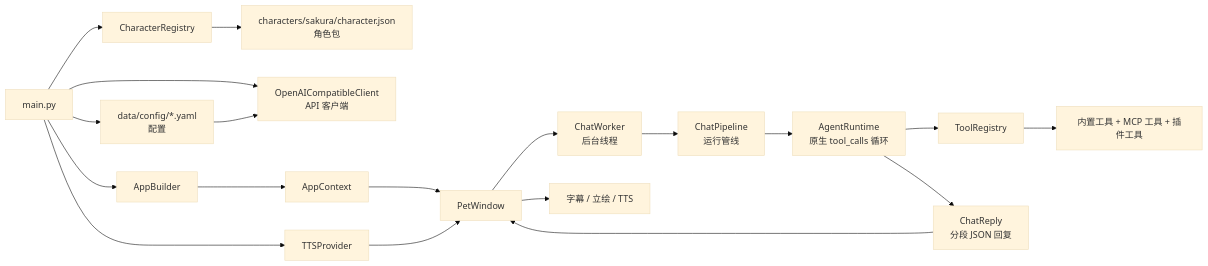
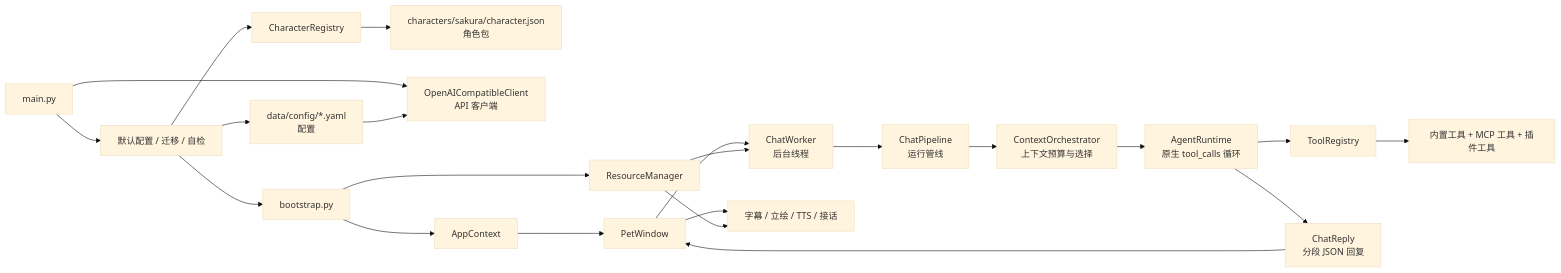
The diagram in skills/sakura/docs/TECHNICAL_README.md (momori777/Artemis), drawn with Mermaid (base theme) before and after one commit. The commit also changed other lines of this file and 599 other files, not shown here.

First line of the commit message:
feat: sakura v0.9.9 sync + self-contained GPT-SoVITS TTS + tool-mode + fixes

````diff
--- a/skills/sakura/docs/TECHNICAL_README.md
+++ b/skills/sakura/docs/TECHNICAL_README.md
@@ -25,21 +25,24 @@
 ```mermaid
 flowchart LR
-    A["main.py"] --> B["data/config/*.yaml<br/>配置"]
-    A --> C["CharacterRegistry"]
+    A["main.py"] --> X["默认配置 / 迁移 / 自检"]
+    X --> B["data/config/*.yaml<br/>配置"]
+    X --> C["CharacterRegistry"]
     C --> D["characters/sakura/character.json<br/>角色包"]
     A --> E["OpenAICompatibleClient<br/>API 客户端"]
     B --> E
-    A --> I["TTSProvider"]
-    A --> J["AppBuilder"]
+    X --> J["bootstrap.py"]
     J --> K["AppContext"]
+    J --> R["ResourceManager"]
     K --> L["PetWindow"]
-    I --> L
     L --> M["ChatWorker<br/>后台线程"]
     M --> N["ChatPipeline<br/>运行管线"]
-    N --> S["AgentRuntime<br/>原生 tool_calls 循环"]
+    N --> O["ContextOrchestrator<br/>上下文预算与选择"]
+    O --> S["AgentRuntime<br/>原生 tool_calls 循环"]
     S --> T["ToolRegistry"]
     T --> U["内置工具 + MCP 工具 + 插件工具"]
     S --> V["ChatReply<br/>分段 JSON 回复"]
     V --> L
-    L --> W["字幕 / 立绘 / TTS"]
+    L --> W["字幕 / 立绘 / TTS / 接话"]
+    R --> M
+    R --> W
 ```
````
